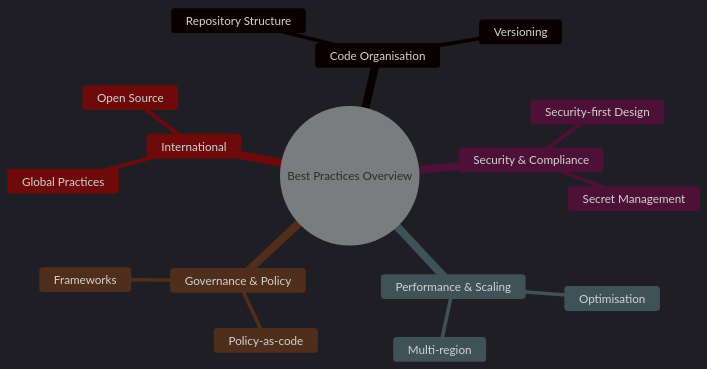
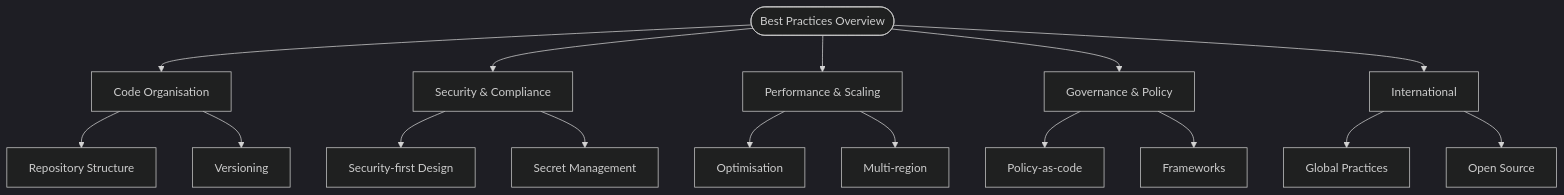
The diagram in docs/images/mindmap_22_best_practices.mmd (Geonitab/architecture_as_code), drawn with Mermaid (dark theme) before and after one commit. The commit also changed 31 other files, not shown here.

First line of the commit message:
Improve diagram readability: convert mindmaps to graph TD, redesign key diagrams

```diff
--- a/docs/images/mindmap_22_best_practices.mmd
+++ b/docs/images/mindmap_22_best_practices.mmd
@@ -1,17 +1,17 @@
-mindmap
-  root((Best Practices Overview))
-    Code Organisation
-      Repository Structure
-      Versioning
-    Security & Compliance
-      Security-first Design
-      Secret Management
-    Performance & Scaling
-      Optimisation
-      Multi-region
-    Governance & Policy
-      Policy-as-code
-      Frameworks
-    International
-      Global Practices
-      Open Source
+graph TD
+    ROOT(["Best Practices Overview"])
+    ROOT --> CO["Code Organisation"]
+    ROOT --> SC["Security & Compliance"]
+    ROOT --> PS["Performance & Scaling"]
+    ROOT --> GP["Governance & Policy"]
+    ROOT --> INT["International"]
+    CO --> CO1["Repository Structure"]
+    CO --> CO2["Versioning"]
+    SC --> SC1["Security-first Design"]
+    SC --> SC2["Secret Management"]
+    PS --> PS1["Optimisation"]
+    PS --> PS2["Multi-region"]
+    GP --> GP1["Policy-as-code"]
+    GP --> GP2["Frameworks"]
+    INT --> INT1["Global Practices"]
+    INT --> INT2["Open Source"]
```
